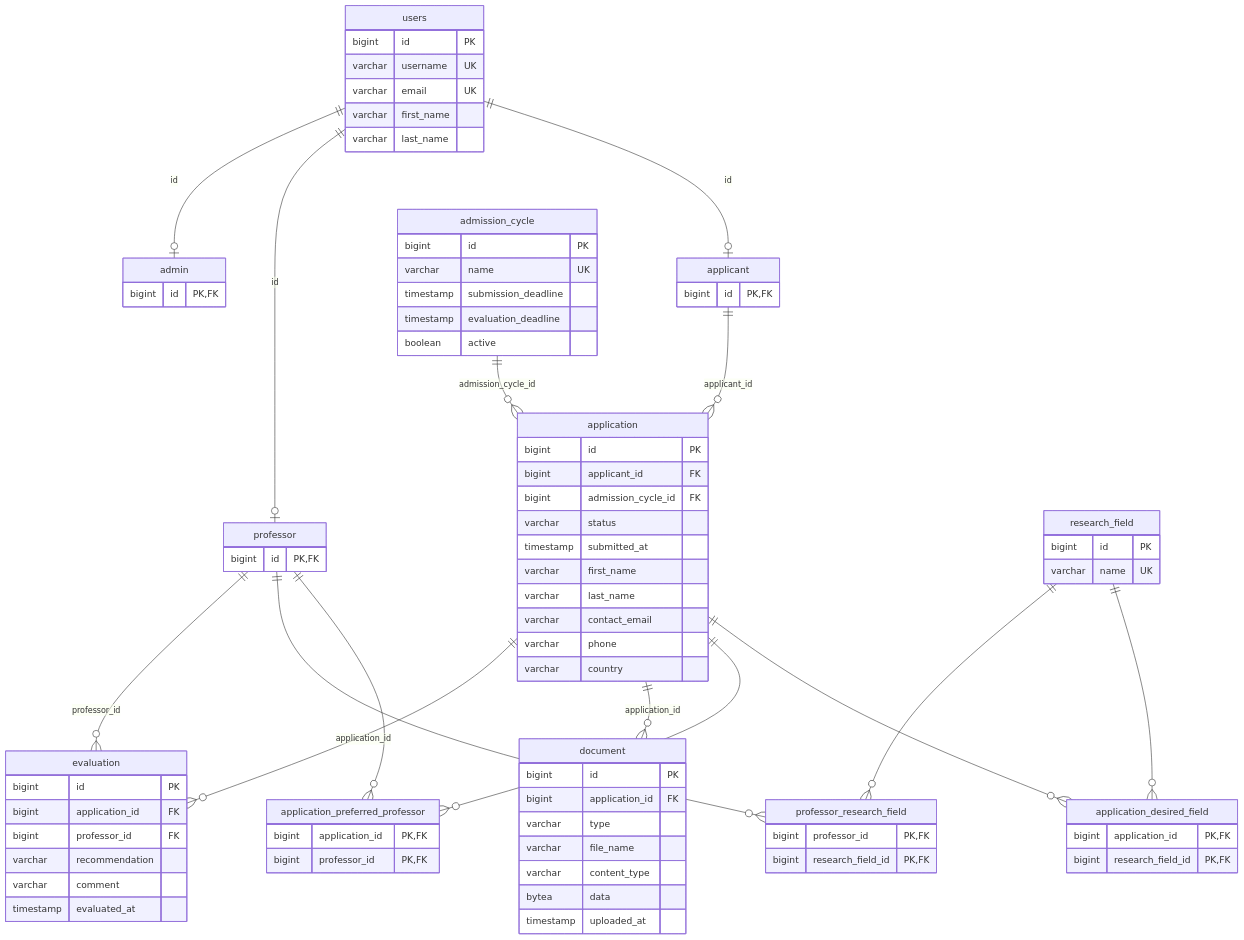
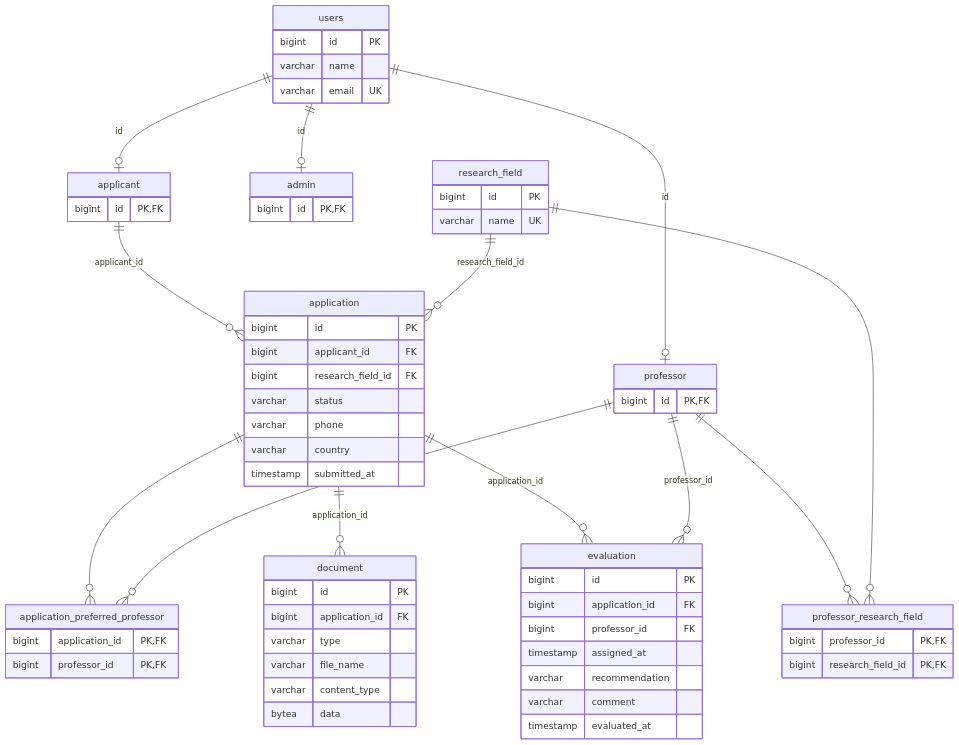
The third of 3 diagrams in README.MD (sanil04/Graduate-Admissions-Management-System), drawn with Mermaid before and after one commit. The commit also changed other lines of this file, not shown here.

````diff
--- a/README.MD
+++ b/README.MD
@@ -183,80 +188,62 @@
 ```mermaid
 erDiagram
     users ||--o| applicant : "id"
     users ||--o| professor : "id"
     users ||--o| admin : "id"
     applicant ||--o{ application : "applicant_id"
-    admission_cycle ||--o{ application : "admission_cycle_id"
-    application ||--o{ application_desired_field : ""
-    research_field ||--o{ application_desired_field : ""
+    research_field ||--o{ application : "research_field_id"
     application ||--o{ application_preferred_professor : ""
     professor ||--o{ application_preferred_professor : ""
     professor ||--o{ professor_research_field : ""
     research_field ||--o{ professor_research_field : ""
     application ||--o{ document : "application_id"
     application ||--o{ evaluation : "application_id"
     professor ||--o{ evaluation : "professor_id"
 
     users {
         bigint id PK
-        varchar username UK
+        varchar name
         varchar email UK
-        varchar first_name
-        varchar last_name
     }
     applicant { bigint id PK,FK }
     professor { bigint id PK,FK }
     admin { bigint id PK,FK }
     research_field {
         bigint id PK
         varchar name UK
     }
-    admission_cycle {
-        bigint id PK
-        varchar name UK
-        timestamp submission_deadline
-        timestamp evaluation_deadline
-        boolean active
-    }
     application {
         bigint id PK
         bigint applicant_id FK
-        bigint admission_cycle_id FK
+        bigint research_field_id FK
         varchar status
-        timestamp submitted_at
-        varchar first_name
-        varchar last_name
-        varchar contact_email
         varchar phone
         varchar country
-    }
-    application_desired_field {
-        bigint application_id PK,FK
-        bigint research_field_id PK,FK
+        timestamp submitted_at
     }
     application_preferred_professor {
         bigint application_id PK,FK
         bigint professor_id PK,FK
     }
     professor_research_field {
         bigint professor_id PK,FK
         bigint research_field_id PK,FK
     }
     document {
         bigint id PK
         bigint application_id FK
         varchar type
         varchar file_name
         varchar content_type
         bytea data
-        timestamp uploaded_at
     }
     evaluation {
         bigint id PK
         bigint application_id FK
         bigint professor_id FK
+        timestamp assigned_at
         varchar recommendation
         varchar comment
         timestamp evaluated_at
     }
 ```
````
